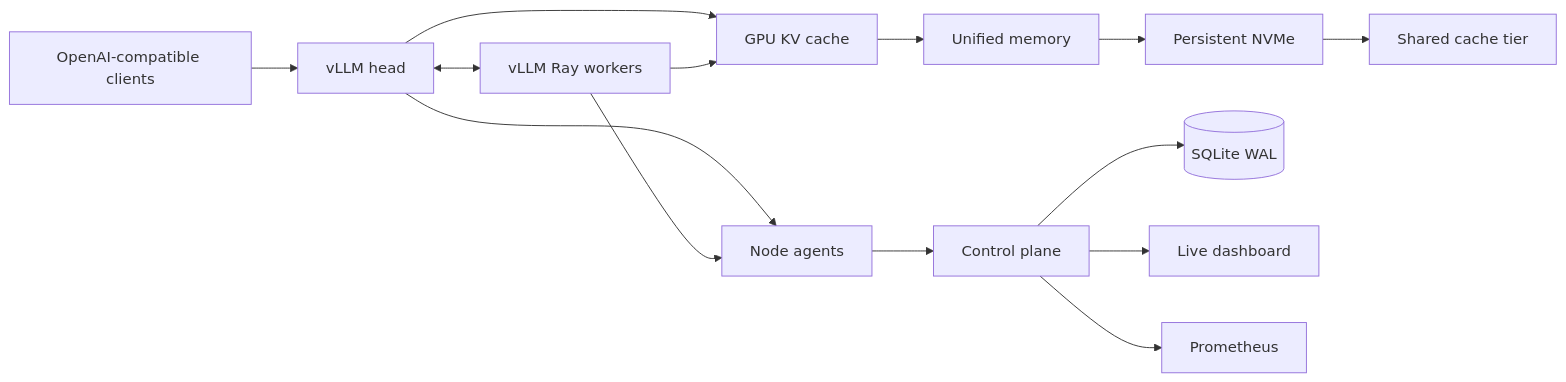
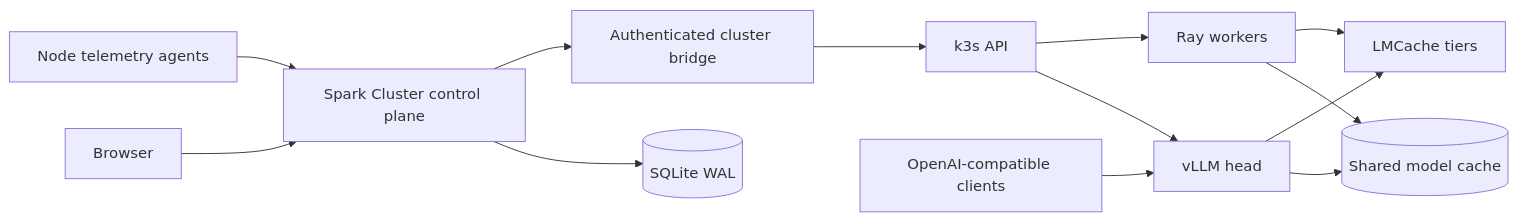
Before and after one commit to thibautrey/spark-cluster: the diagram in README.md, drawn with Mermaid. The commit also changed other lines of this file and 79 other files, not shown here.

Commit message:
Rename project to Spark Cluster

````diff
--- a/README.md
+++ b/README.md
@@ -127,14 +52,13 @@
 ```mermaid
 flowchart LR
-    Client[OpenAI-compatible clients] --> Head[vLLM head]
-    Head <--> Workers[vLLM Ray workers]
-    Head & Workers --> GPU[GPU KV cache]
-    GPU --> UM[Unified memory]
-    UM --> NVMe[Persistent NVMe]
-    NVMe --> Shared[Shared cache tier]
-    Head & Workers --> Agent[Node agents]
-    Agent --> API[Control plane]
-    API --> DB[(SQLite WAL)]
-    API --> UI[Live dashboard]
-    API --> Prom[Prometheus]
+    Operator[Browser] --> Control[Spark Cluster control plane]
+    Control --> DB[(SQLite WAL)]
+    Control --> Bridge[Authenticated cluster bridge]
+    Bridge --> K8s[k3s API]
+    K8s --> Head[vLLM head]
+    K8s --> Workers[Ray workers]
+    Head & Workers --> Models[(Shared model cache)]
+    Head & Workers --> KV[LMCache tiers]
+    Agent[Node telemetry agents] --> Control
+    Client[OpenAI-compatible clients] --> Head
 ```
````
